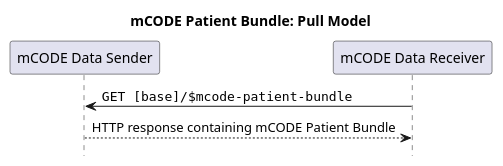
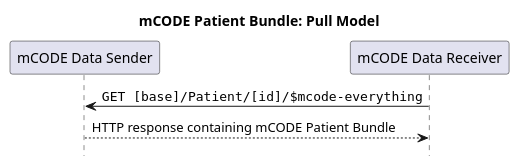
Before and after one commit to HL7/fhir-mCODE-ig: the diagram in input/images-source/mcode-patient-bundle-pull.puml, drawn with PlantUML. The commit also changed 6 other files, not shown here.

Commit message:
Change endpoint for mCODE Patient Bundle fetching to better match [base]/Patient/[id]/$everything

```diff
--- a/input/images-source/mcode-patient-bundle-pull.puml
+++ b/input/images-source/mcode-patient-bundle-pull.puml
@@ -1,10 +1,10 @@
 @startuml
 skinparam defaultFontName Arial
 
 title mCODE Patient Bundle: Pull Model
 hide footbox
 participant "mCODE Data Sender" as Sender
 participant "mCODE Data Receiver" as Receiver
-"Receiver" -> "Sender" : ""GET [base]/$mcode-patient-bundle""
+"Receiver" -> "Sender" : ""GET [base]/Patient/[id]/$mcode-everything""
 "Sender" --> "Receiver" : HTTP response containing mCODE Patient Bundle
 @enduml
```
